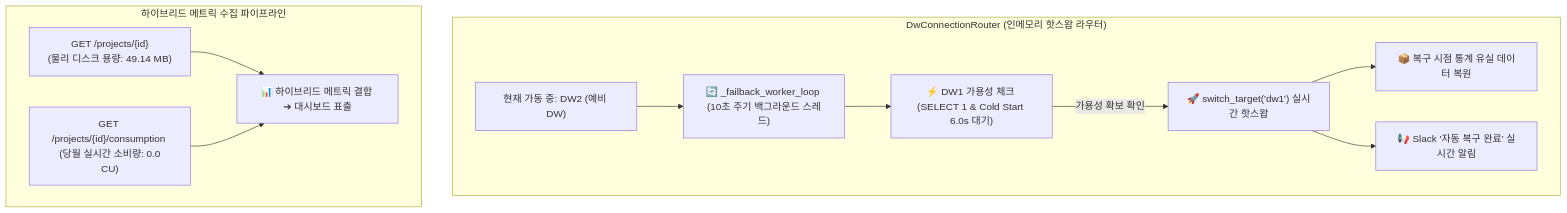
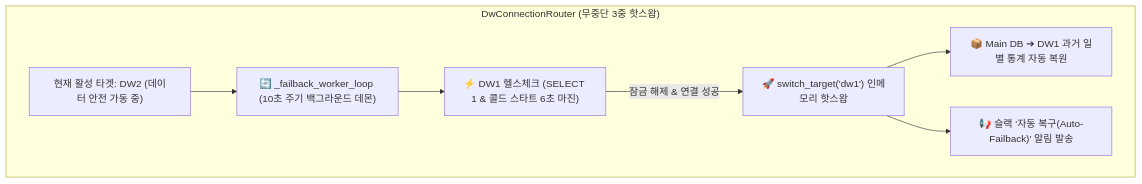
The diagram in content/posts/picksafe/2026-09-01-Multi-DW-자동-복구-Auto-Failback-및-글로벌-리셋-타임존-동기화-아키텍처.md (daniel-dataflow/daniel-dataflow.github.io), drawn with Mermaid before and after one commit. The commit also changed other lines of this file and 61 other files, not shown here.

````diff
--- a/content/posts/picksafe/2026-09-01-Multi-DW-자동-복구-Auto-Failback-및-글로벌-리셋-타임존-동기화-아키텍처.md
+++ b/content/posts/picksafe/2026-09-01-Multi-DW-자동-복구-Auto-Failback-및-글로벌-리셋-타임존-동기화-아키텍처.md
@@ -71,25 +49,17 @@
 ```mermaid
 flowchart TD
-    subgraph DW_Router ["DwConnectionRouter (인메모리 핫스왑 라우터)"]
-        ACTIVE["현재 가동 중: DW2 (예비 DW)"]
-        WORKER["🔄 _failback_worker_loop (10초 주기 백그라운드 스레드)"]
-        PING["⚡ DW1 가용성 체크 (SELECT 1 & Cold Start 6.0s 대기)"]
-        SWAP["🚀 switch_target('dw1') 실시간 핫스왑"]
-        RESTORE["📦 복구 시점 통계 유실 데이터 복원"]
-        SLACK["📢 Slack '자동 복구 완료' 실시간 알림"]
-    end
-
-    subgraph Metrics_Pipeline ["하이브리드 메트릭 수집 파이프라인"]
-        M1["GET /projects/{id} <br> (물리 디스크 용량: 49.14 MB)"]
-        M2["GET /projects/{id}/consumption <br> (당월 실시간 소비량: 0.0 CU)"]
-        M_COMBINE["📊 하이브리드 메트릭 결합 ➔ 대시보드 표출"]
+    subgraph DW_Router ["DwConnectionRouter (무중단 3중 핫스왑)"]
+        ACTIVE["현재 활성 타겟: DW2 (데이터 안전 가동 중)"]
+        WORKER["🔄 _failback_worker_loop (10초 주기 백그라운드 데몬)"]
+        PING["⚡ DW1 헬스체크 (SELECT 1 & 콜드 스타트 6초 마진)"]
+        SWAP["🚀 switch_target('dw1') 인메모리 핫스왑"]
+        RESTORE["📦 Main DB ➔ DW1 과거 일별 통계 자동 복원"]
+        SLACK["📢 슬랙 '자동 복구(Auto-Failback)' 알림 발송"]
     end
 
     ACTIVE --> WORKER
     WORKER --> PING
-    PING -->|가용성 확보 확인| SWAP
+    PING -->|잠금 해제 & 연결 성공| SWAP
     SWAP --> RESTORE
     SWAP --> SLACK
-    M1 --> M_COMBINE
-    M2 --> M_COMBINE
 ```
````
